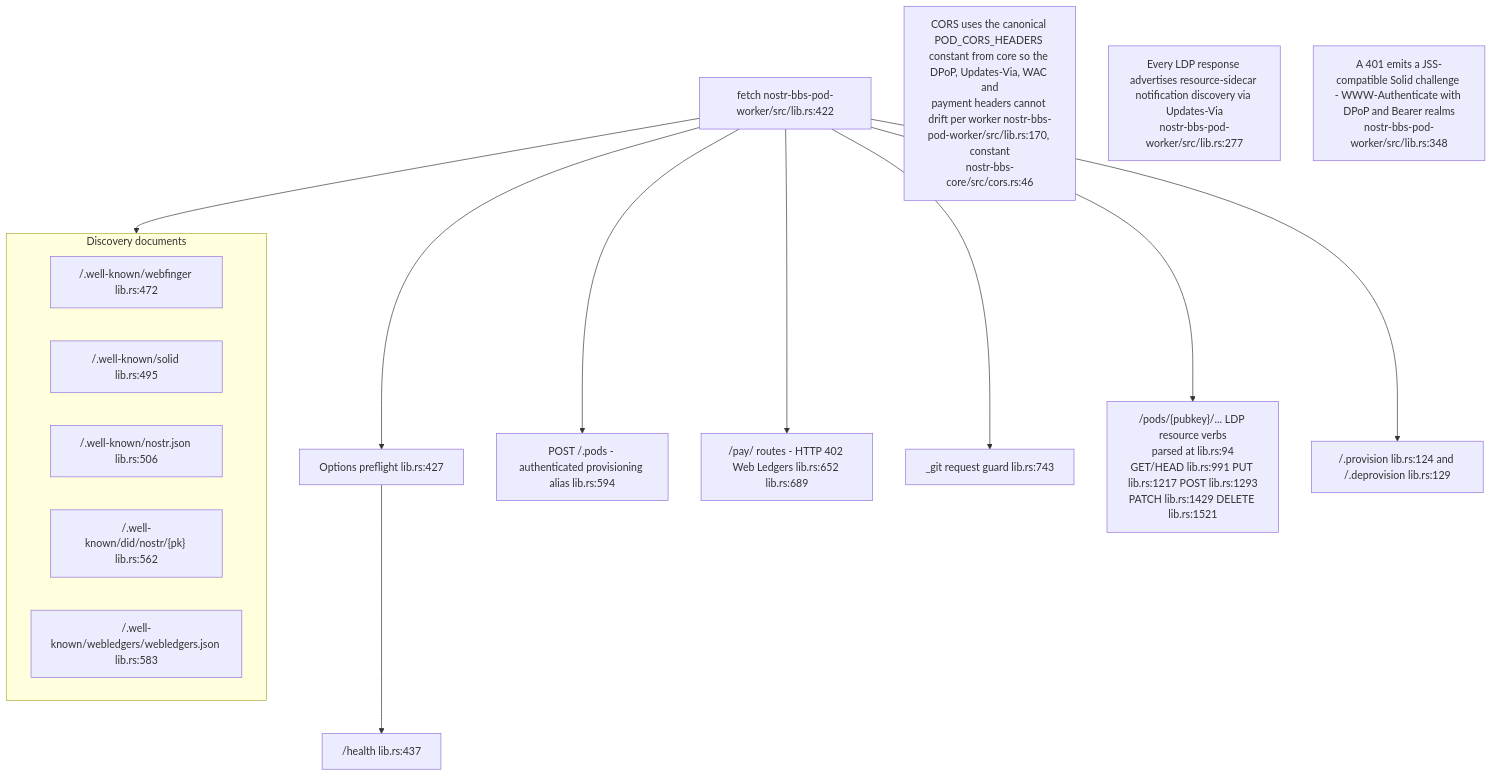
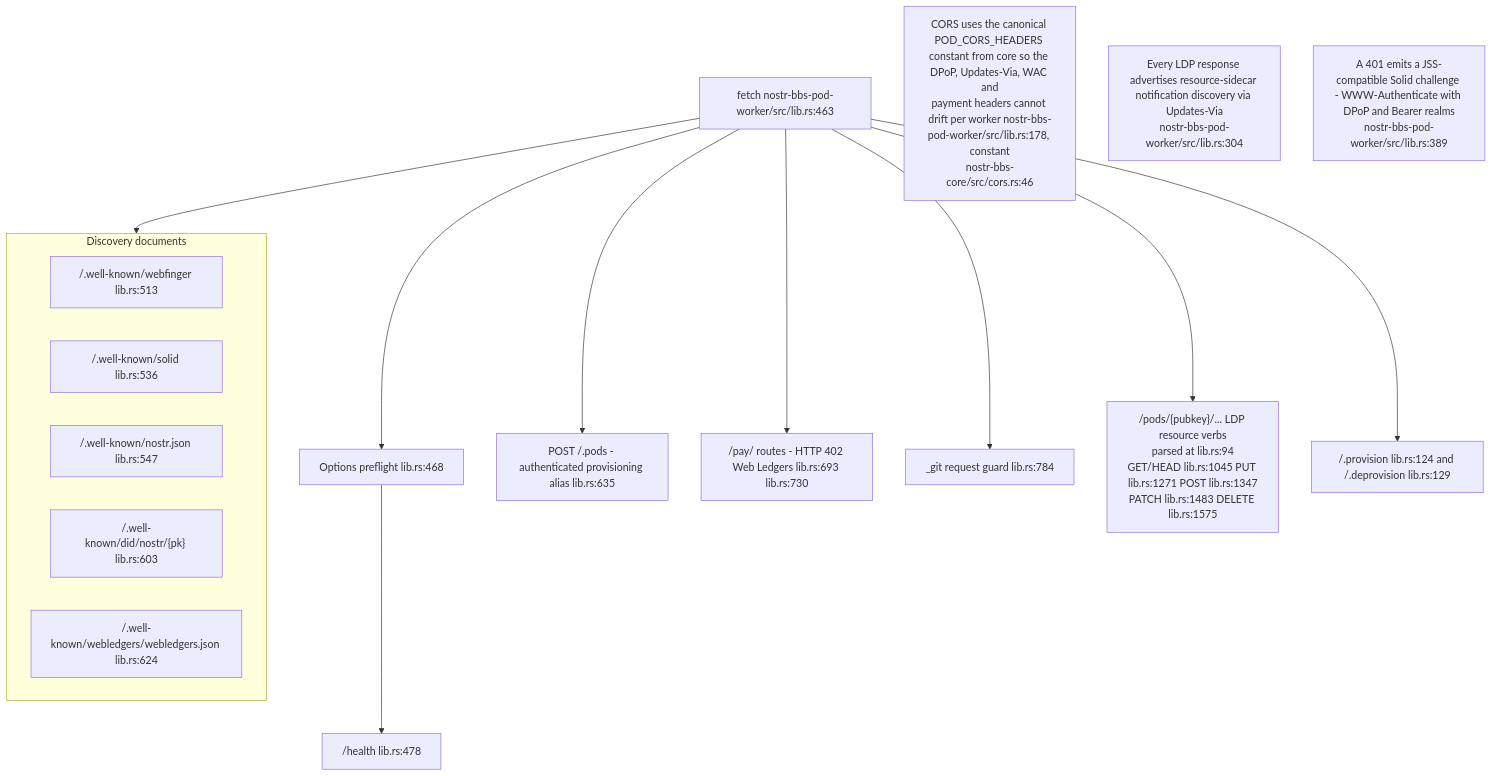
One commit to DreamLab-AI/VisionFlow changed the first of 10 diagrams in docs/diagrams/nostr-rust-forum/04-pod-worker-ldp-wac-and-delegation.md. Above: the diagram before and after it, drawn with Mermaid. The commit also changed other lines of this file and 160 other files, not shown here.

````diff
--- a/docs/diagrams/nostr-rust-forum/04-pod-worker-ldp-wac-and-delegation.md
+++ b/docs/diagrams/nostr-rust-forum/04-pod-worker-ldp-wac-and-delegation.md
@@ -41,26 +41,26 @@
 ```mermaid
 flowchart TB
-    F["fetch nostr-bbs-pod-worker/src/lib.rs:422"]
-    OPT["Options preflight lib.rs:427"]
-    HEALTH["/health lib.rs:437"]
+    F["fetch nostr-bbs-pod-worker/src/lib.rs:463"]
+    OPT["Options preflight lib.rs:468"]
+    HEALTH["/health lib.rs:478"]
     subgraph disc["Discovery documents"]
-        WF["/.well-known/webfinger lib.rs:472"]
-        SOL["/.well-known/solid lib.rs:495"]
-        N05["/.well-known/nostr.json lib.rs:506"]
-        DID["/.well-known/did/nostr/{pk} lib.rs:562"]
-        WL["/.well-known/webledgers/webledgers.json lib.rs:583"]
+        WF["/.well-known/webfinger lib.rs:513"]
+        SOL["/.well-known/solid lib.rs:536"]
+        N05["/.well-known/nostr.json lib.rs:547"]
+        DID["/.well-known/did/nostr/{pk} lib.rs:603"]
+        WL["/.well-known/webledgers/webledgers.json lib.rs:624"]
     end
-    PODS["POST /.pods - authenticated provisioning alias lib.rs:594"]
-    PAY["/pay/ routes - HTTP 402 Web Ledgers lib.rs:652 lib.rs:689"]
-    GITG["_git request guard lib.rs:743"]
-    LDP["/pods/{pubkey}/... LDP resource verbs<br/>parsed at lib.rs:94<br/>GET/HEAD lib.rs:991 PUT lib.rs:1217 POST lib.rs:1293<br/>PATCH lib.rs:1429 DELETE lib.rs:1521"]
+    PODS["POST /.pods - authenticated provisioning alias lib.rs:635"]
+    PAY["/pay/ routes - HTTP 402 Web Ledgers lib.rs:693 lib.rs:730"]
+    GITG["_git request guard lib.rs:784"]
+    LDP["/pods/{pubkey}/... LDP resource verbs<br/>parsed at lib.rs:94<br/>GET/HEAD lib.rs:1045 PUT lib.rs:1271 POST lib.rs:1347<br/>PATCH lib.rs:1483 DELETE lib.rs:1575"]
     PROV["/.provision lib.rs:124 and /.deprovision lib.rs:129"]
 
     F --> OPT --> HEALTH
     F --> disc
     F --> PODS & PAY & GITG & LDP & PROV
 
-    N1["CORS uses the canonical POD_CORS_HEADERS constant from core so the DPoP, Updates-Via, WAC and<br/>payment headers cannot drift per worker nostr-bbs-pod-worker/src/lib.rs:170, constant<br/>nostr-bbs-core/src/cors.rs:46"]
-    N2["Every LDP response advertises resource-sidecar notification discovery via Updates-Via<br/>nostr-bbs-pod-worker/src/lib.rs:277"]
-    N3["A 401 emits a JSS-compatible Solid challenge - WWW-Authenticate with DPoP and Bearer realms<br/>nostr-bbs-pod-worker/src/lib.rs:348"]
+    N1["CORS uses the canonical POD_CORS_HEADERS constant from core so the DPoP, Updates-Via, WAC and<br/>payment headers cannot drift per worker nostr-bbs-pod-worker/src/lib.rs:178, constant<br/>nostr-bbs-core/src/cors.rs:46"]
+    N2["Every LDP response advertises resource-sidecar notification discovery via Updates-Via<br/>nostr-bbs-pod-worker/src/lib.rs:304"]
+    N3["A 401 emits a JSS-compatible Solid challenge - WWW-Authenticate with DPoP and Bearer realms<br/>nostr-bbs-pod-worker/src/lib.rs:389"]
 ```
````
